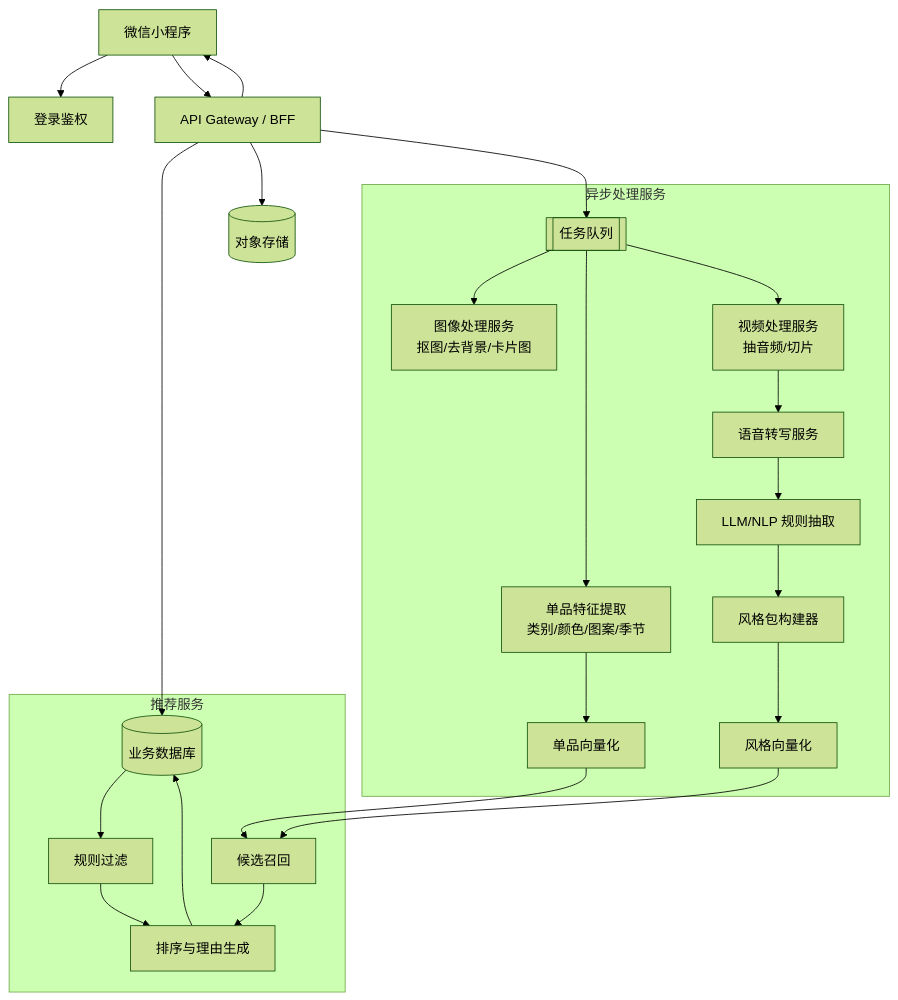
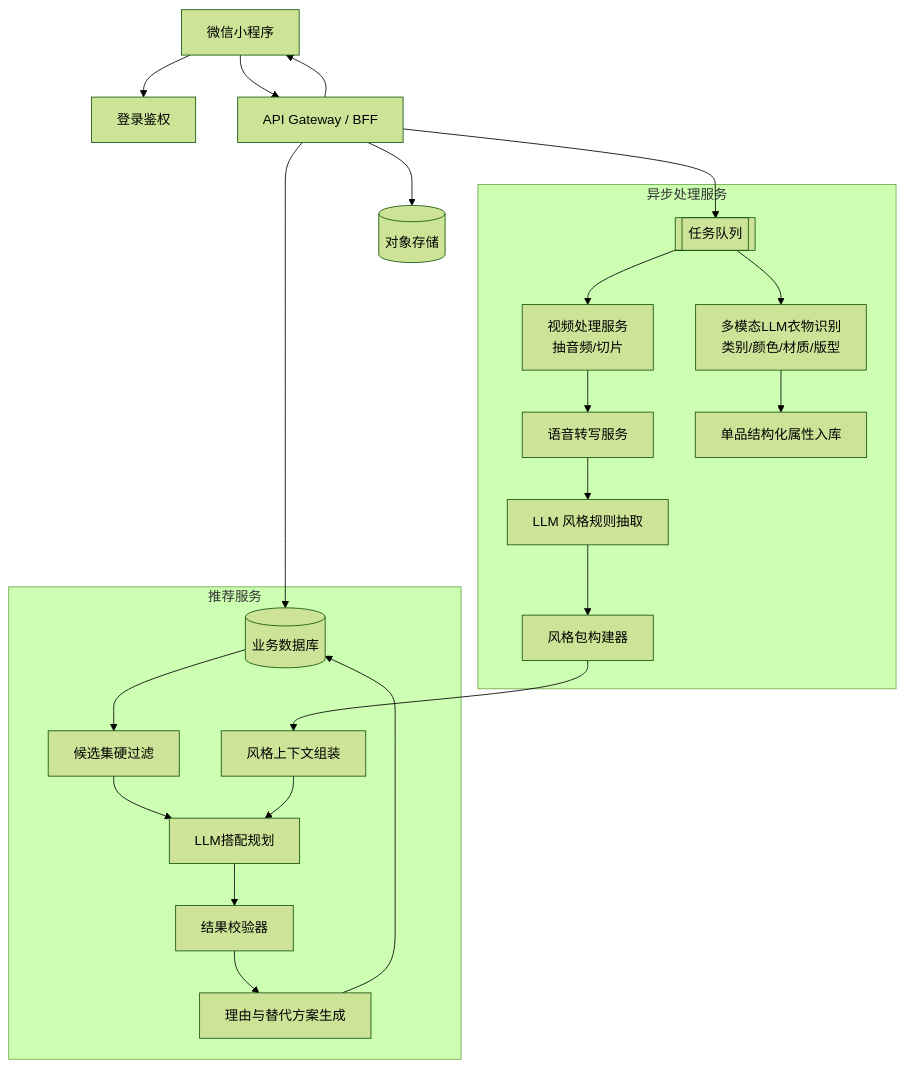
The first of 2 diagrams in docs/prd-mvp.md (tonstrong/myMiniprogram), drawn with Mermaid (forest theme) before and after one commit. The commit also changed other lines of this file and 3 other files, not shown here.

````diff
--- a/docs/prd-mvp.md
+++ b/docs/prd-mvp.md
@@ -291,31 +316,30 @@
 ```mermaid
 flowchart TB
   U[微信小程序] --> AUTH[登录鉴权]
   U --> API[API Gateway / BFF]
 
   API --> DB[(业务数据库)]
   API --> OSS[(对象存储)]
   API --> MQ[[任务队列]]
 
   subgraph Async[异步处理服务]
-    MQ --> IMG[图像处理服务\n抠图/去背景/卡片图]
-    MQ --> CV[单品特征提取\n类别/颜色/图案/季节]
+    MQ --> ATTR[多模态LLM衣物识别\n类别/颜色/材质/版型]
     MQ --> V[视频处理服务\n抽音频/切片]
     V --> ASR[语音转写服务]
-    ASR --> NLP[LLM/NLP 规则抽取]
-    CV --> EMB1[单品向量化]
+    ASR --> NLP[LLM 风格规则抽取]
+    ATTR --> ITEM[单品结构化属性入库]
     NLP --> STYLE[风格包构建器]
-    STYLE --> EMB2[风格向量化]
   end
 
   subgraph REC[推荐服务]
-    DB --> R1[规则过滤]
-    EMB1 --> R2[候选召回]
-    EMB2 --> R2
-    R1 --> R3[排序与理由生成]
+    DB --> R1[候选集硬过滤]
+    STYLE --> R2[风格上下文组装]
+    R1 --> R3[LLM搭配规划]
     R2 --> R3
-    R3 --> DB
+    R3 --> R4[结果校验器]
+    R4 --> R5[理由与替代方案生成]
+    R5 --> DB
   end
 
   API --> U
 ```
````
